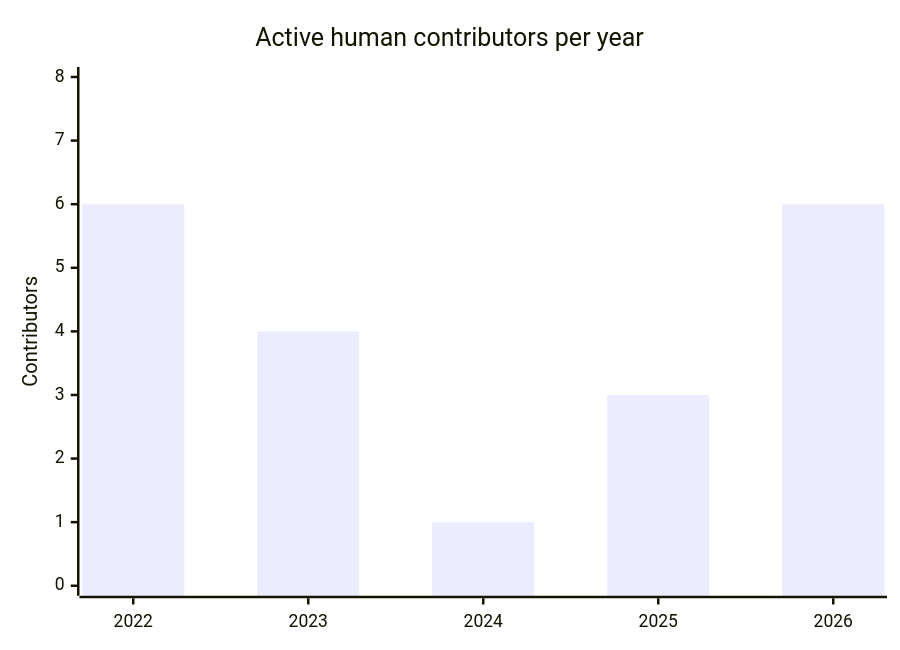
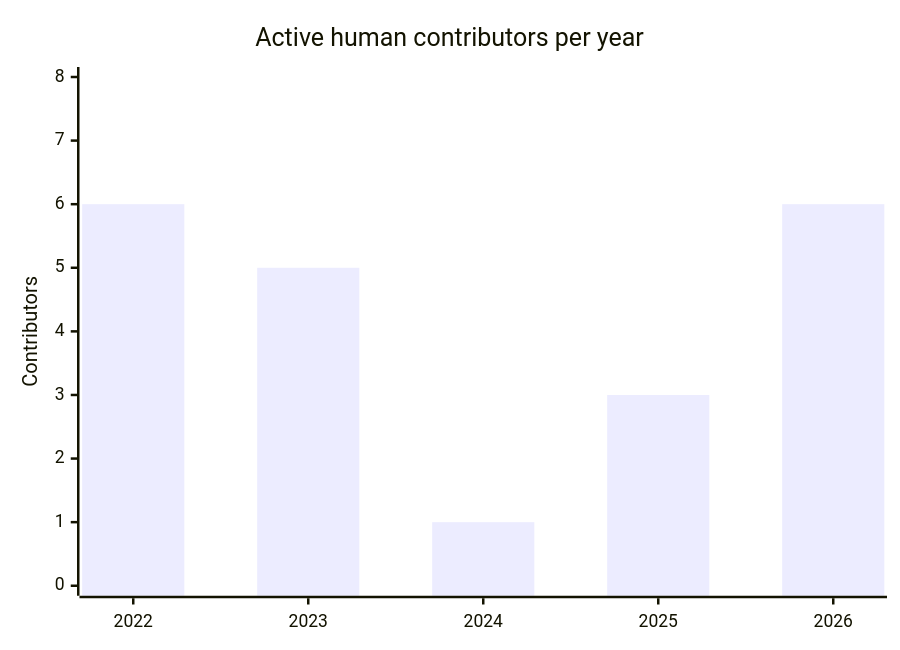
Before and after one commit to finos/technical-oversight-committee: the diagram in project-reports/2026/2026-H2-FDC3-Sail.md, drawn with Mermaid. The commit also changed other lines of this file, not shown here.

````diff
--- a/project-reports/2026/2026-H2-FDC3-Sail.md
+++ b/project-reports/2026/2026-H2-FDC3-Sail.md
@@ -60,7 +66,7 @@
 ```mermaid
 xychart-beta
     title "Active human contributors per year"
     x-axis [2022, 2023, 2024, 2025, 2026]
     y-axis "Contributors" 0 --> 8
-    bar [6, 4, 1, 3, 6]
+    bar [6, 5, 1, 3, 6]
 ```
````
